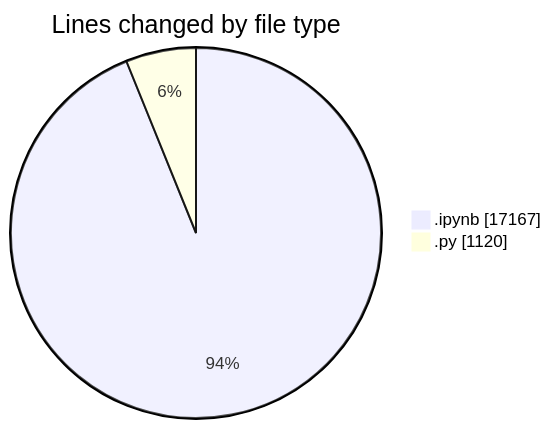
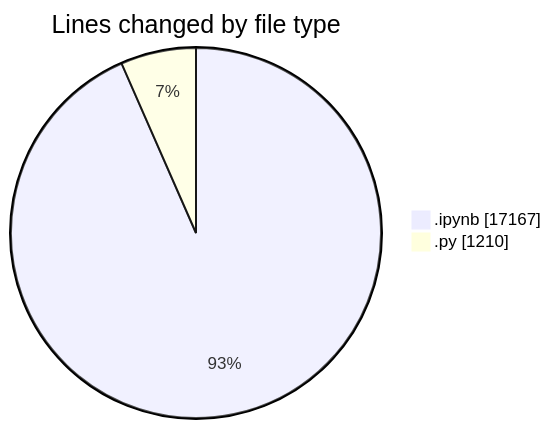
Before and after one commit to MatusMokan/code-tracking: the first of 2 diagrams in 2025-05-07/myws__workspace_/README.md, drawn with Mermaid. The commit also changed other lines of this file and 1 other file, not shown here.

````diff
--- a/2025-05-07/myws__workspace_/README.md
+++ b/2025-05-07/myws__workspace_/README.md
@@ -21,6 +21,6 @@
 ```mermaid
 pie showData
 title Lines changed by file type
 ".ipynb" : 17167
-".py" : 1120
+".py" : 1210
 ```
````
